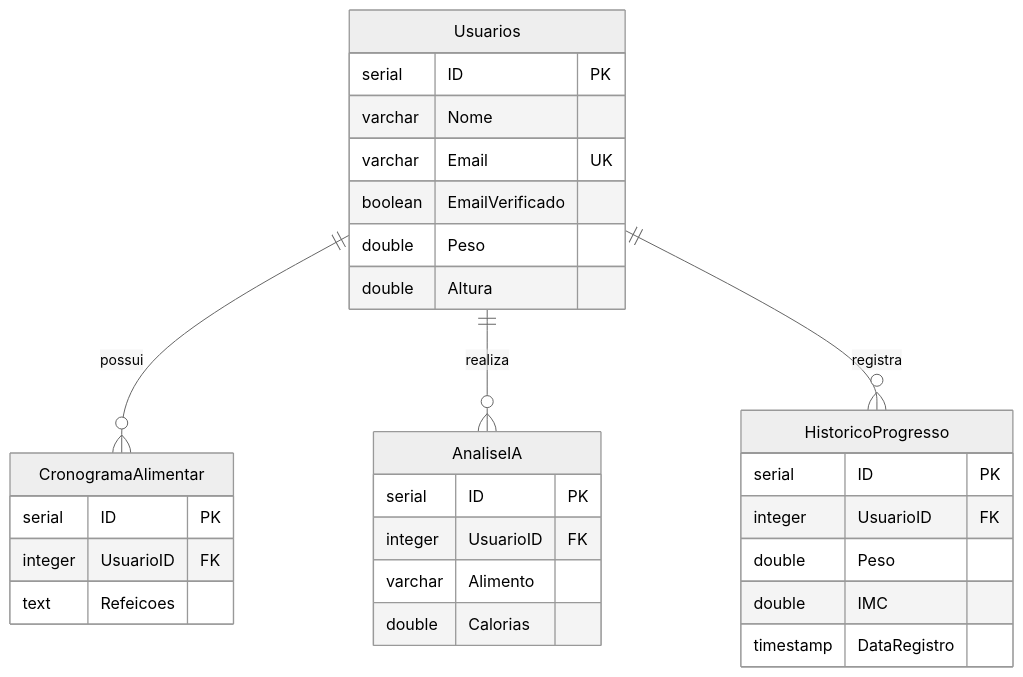
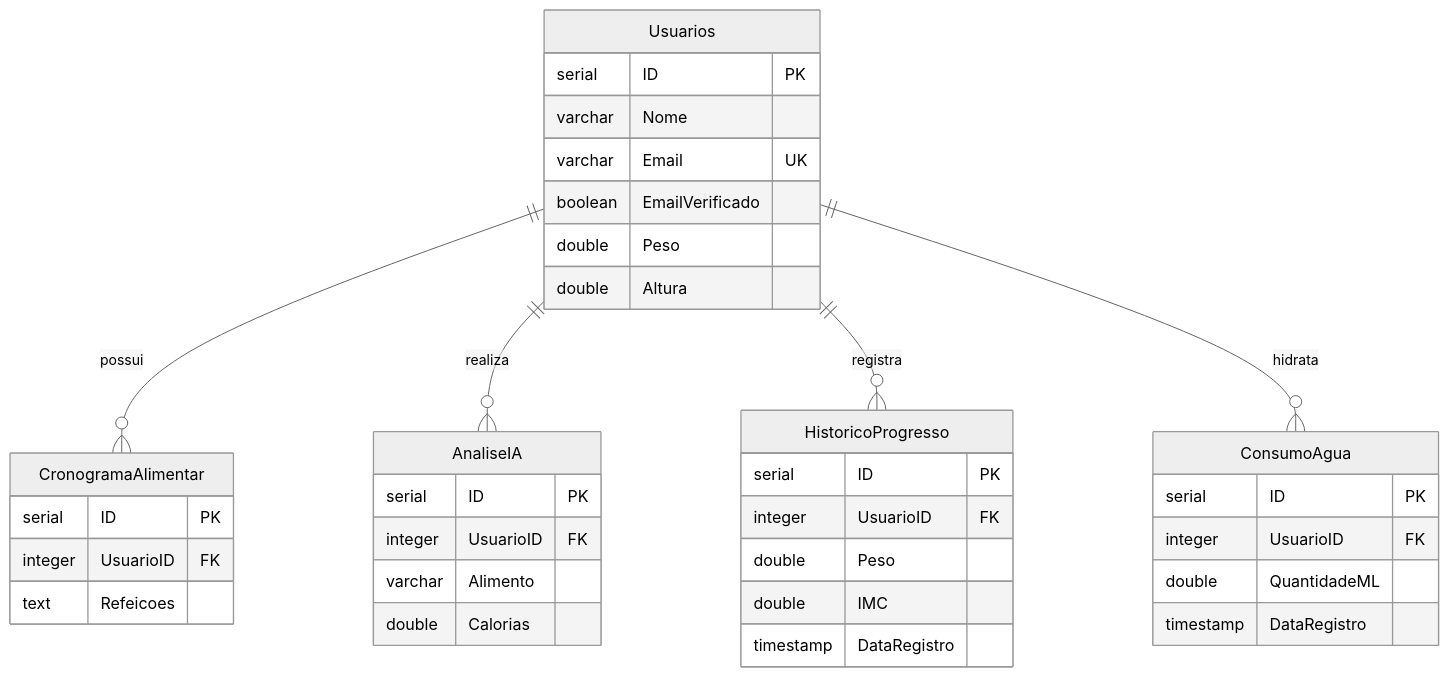
Before and after one commit to Isaque-Medeiros/pim-03semestre-ads: the diagram in docs/bsfm/database-schema.md, drawn with Mermaid (neutral theme). The commit also changed other lines of this file and 15 other files, not shown here.

````diff
--- a/docs/bsfm/database-schema.md
+++ b/docs/bsfm/database-schema.md
@@ -160,36 +177,44 @@
 ```mermaid
 erDiagram
     Usuarios ||--o{ CronogramaAlimentar : possui
     Usuarios ||--o{ AnaliseIA : realiza
     Usuarios ||--o{ HistoricoProgresso : registra
+    Usuarios ||--o{ ConsumoAgua : hidrata
     
     Usuarios {
         serial ID PK
         varchar Nome
         varchar Email UK
         boolean EmailVerificado
         double Peso
         double Altura
     }
     
     CronogramaAlimentar {
         serial ID PK
         integer UsuarioID FK
         text Refeicoes
     }
     
     AnaliseIA {
         serial ID PK
         integer UsuarioID FK
         varchar Alimento
         double Calorias
     }
     
     HistoricoProgresso {
         serial ID PK
         integer UsuarioID FK
         double Peso
         double IMC
         timestamp DataRegistro
     }
+    
+    ConsumoAgua {
+        serial ID PK
+        integer UsuarioID FK
+        double QuantidadeML
+        timestamp DataRegistro
+    }
 ```
````
